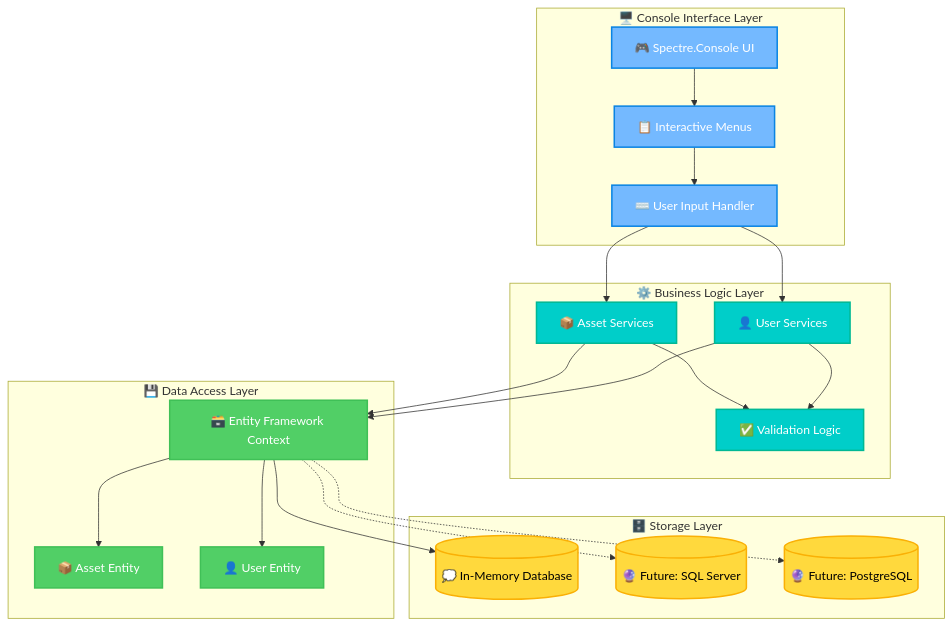
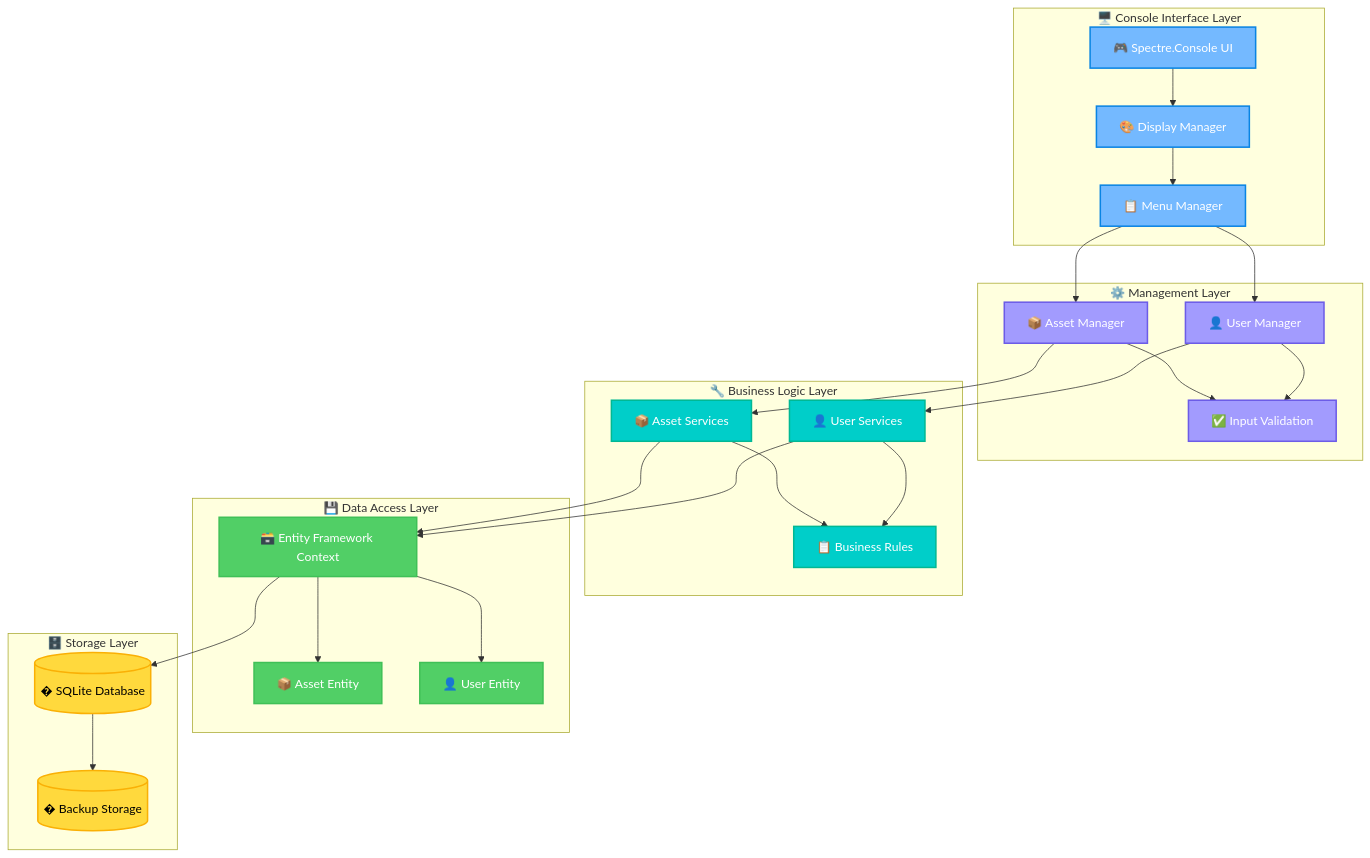
One commit to hillmatthew2000/AssetOS changed the first of 2 diagrams in README.md. Above: the diagram before and after it, drawn with Mermaid. The commit also changed other lines of this file, not shown here.

````diff
--- a/README.md
+++ b/README.md
@@ -94,42 +119,50 @@
 ```mermaid
 graph TB
     subgraph "🖥️ Console Interface Layer"
         UI[🎮 Spectre.Console UI]:::uiColor
-        Menu[📋 Interactive Menus]:::uiColor
-        Input[⌨️ User Input Handler]:::uiColor
+        DisplayMgr[🎨 Display Manager]:::uiColor
+        MenuMgr[📋 Menu Manager]:::uiColor
     end
-    subgraph "⚙️ Business Logic Layer"
+    subgraph "⚙️ Management Layer"
+        AssetMgr[📦 Asset Manager]:::mgmtColor
+        UserMgr[👤 User Manager]:::mgmtColor
+        ValidationLogic[✅ Input Validation]:::mgmtColor
+    end
+    subgraph "🔧 Business Logic Layer"
         AssetService[📦 Asset Services]:::appColor
         UserService[👤 User Services]:::appColor
-        ValidationService[✅ Validation Logic]:::appColor
+        BusinessRules[📋 Business Rules]:::appColor
     end
     subgraph "💾 Data Access Layer"
         EFContext[🗃️ Entity Framework Context]:::dataColor
         AssetModel[📦 Asset Entity]:::dataColor
         UserModel[👤 User Entity]:::dataColor
     end
     subgraph "🗄️ Storage Layer"
-        InMemoryDB[(💭 In-Memory Database)]:::storageColor
-        FutureSQL[(🔮 Future: SQL Server)]:::storageColor
-        FuturePostgres[(🔮 Future: PostgreSQL)]:::storageColor
+        SQLiteDB[(�️ SQLite Database)]:::storageColor
+        BackupStorage[(� Backup Storage)]:::storageColor
     end
     
-    UI --> Menu
-    Menu --> Input
-    Input --> AssetService
-    Input --> UserService
-    AssetService --> ValidationService
-    UserService --> ValidationService
+    UI --> DisplayMgr
+    DisplayMgr --> MenuMgr
+    MenuMgr --> AssetMgr
+    MenuMgr --> UserMgr
+    AssetMgr --> ValidationLogic
+    UserMgr --> ValidationLogic
+    AssetMgr --> AssetService
+    UserMgr --> UserService
+    AssetService --> BusinessRules
+    UserService --> BusinessRules
     AssetService --> EFContext
     UserService --> EFContext
     EFContext --> AssetModel
     EFContext --> UserModel
-    EFContext --> InMemoryDB
-    EFContext -.-> FutureSQL
-    EFContext -.-> FuturePostgres
+    EFContext --> SQLiteDB
+    SQLiteDB --> BackupStorage
     
     classDef uiColor fill:#74b9ff,stroke:#0984e3,stroke-width:2px,color:#fff
+    classDef mgmtColor fill:#a29bfe,stroke:#6c5ce7,stroke-width:2px,color:#fff
     classDef appColor fill:#00cec9,stroke:#00b894,stroke-width:2px,color:#fff
     classDef dataColor fill:#51cf66,stroke:#40c057,stroke-width:2px,color:#fff
     classDef storageColor fill:#ffd93d,stroke:#fab005,stroke-width:2px,color:#000
 ```
````
